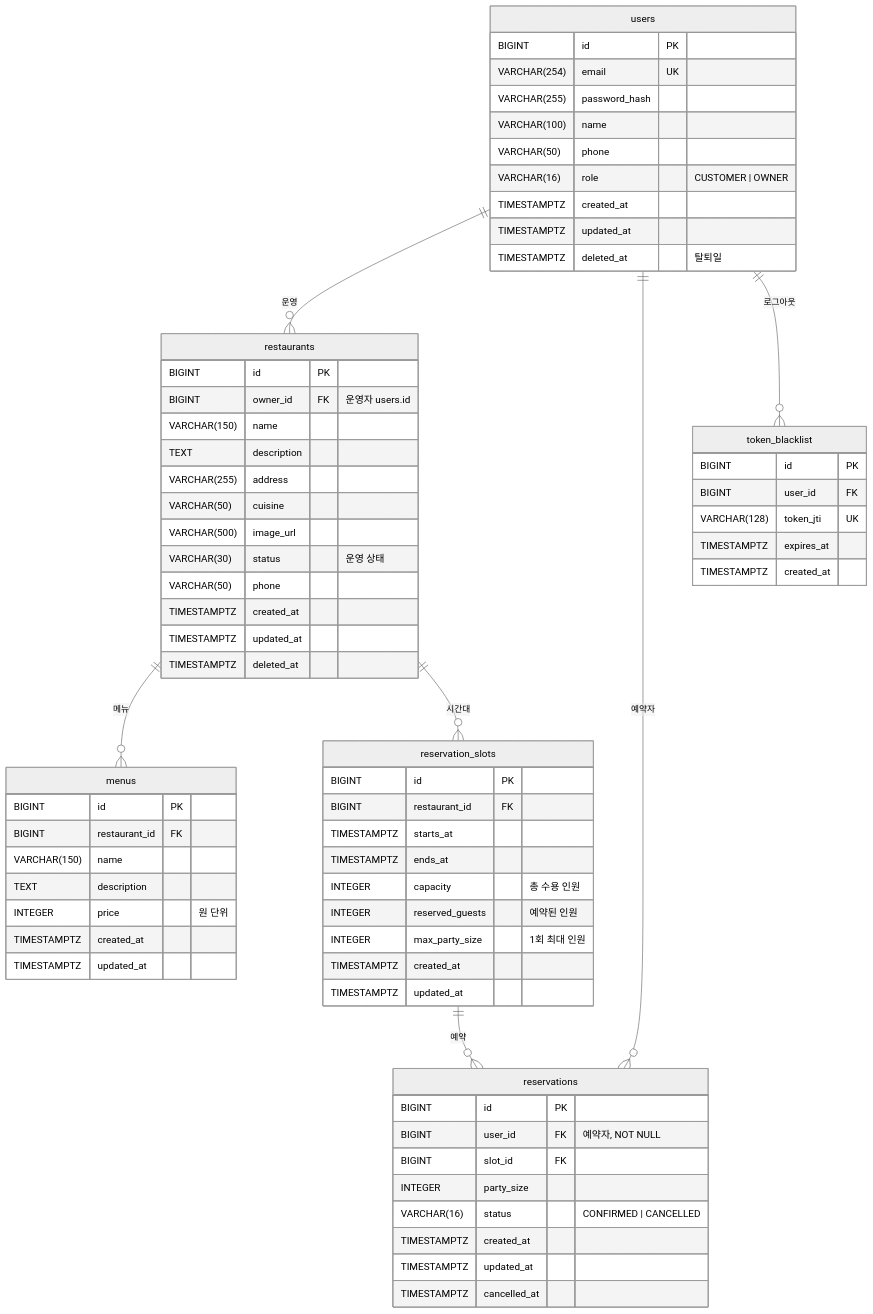
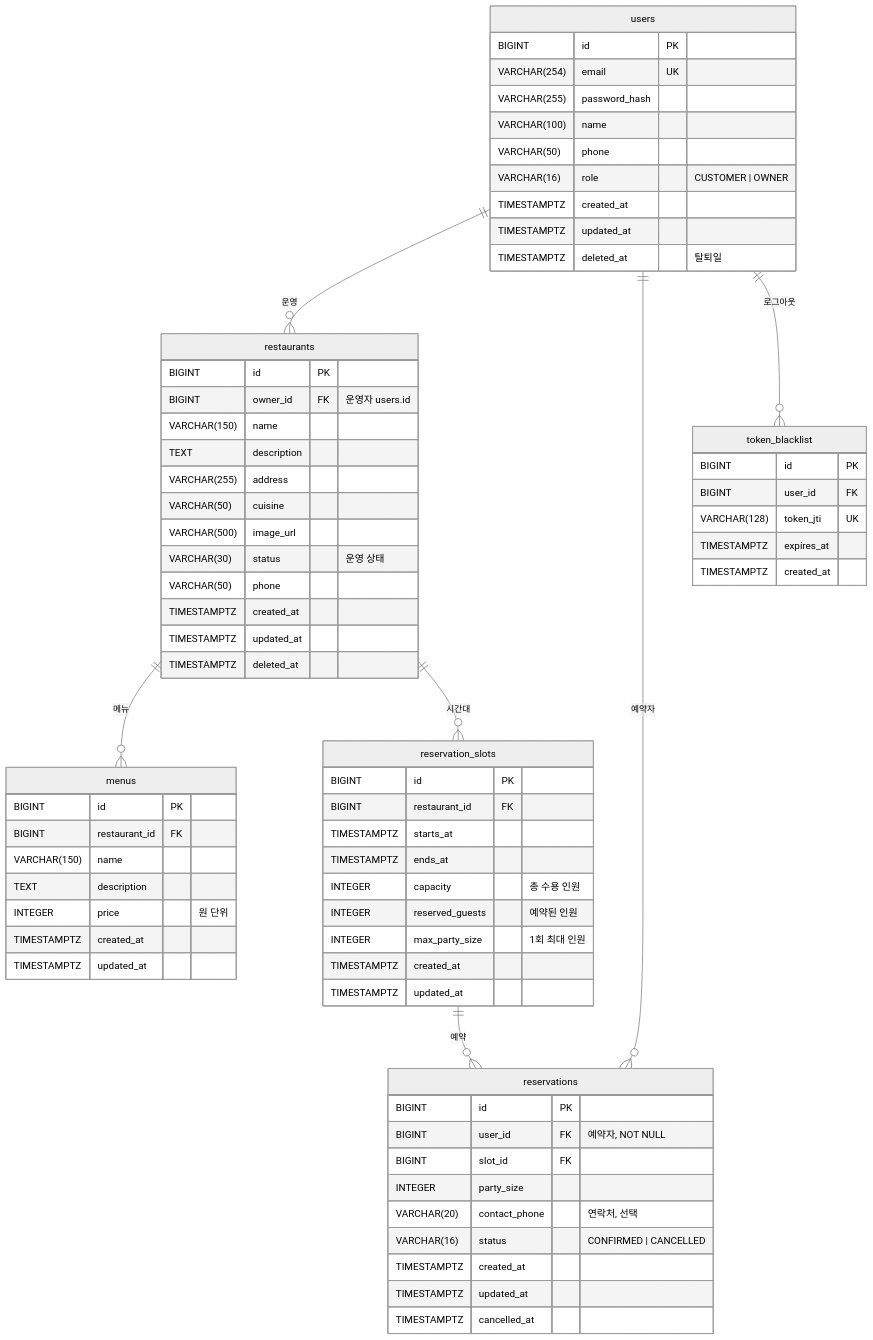
One commit to aiopenjh/B-backend-Fastapi changed the second of 2 diagrams in docs/ARCHITECTURE.md. Above: the diagram before and after it, drawn with Mermaid (neutral theme). The commit also changed other lines of this file and 5 other files, not shown here.

````diff
--- a/docs/ARCHITECTURE.md
+++ b/docs/ARCHITECTURE.md
@@ -124,72 +125,73 @@
 ```mermaid
 erDiagram
     users ||--o{ restaurants : "운영"
     restaurants ||--o{ menus : "메뉴"
     restaurants ||--o{ reservation_slots : "시간대"
     users ||--o{ reservations : "예약자"
     reservation_slots ||--o{ reservations : "예약"
     users ||--o{ token_blacklist : "로그아웃"
 
     users {
         BIGINT id PK
         VARCHAR(254) email UK
         VARCHAR(255) password_hash
         VARCHAR(100) name
         VARCHAR(50) phone
         VARCHAR(16) role "CUSTOMER | OWNER"
         TIMESTAMPTZ created_at
         TIMESTAMPTZ updated_at
         TIMESTAMPTZ deleted_at "탈퇴일"
     }
     restaurants {
         BIGINT id PK
         BIGINT owner_id FK "운영자 users.id"
         VARCHAR(150) name
         TEXT description
         VARCHAR(255) address
         VARCHAR(50) cuisine
         VARCHAR(500) image_url
         VARCHAR(30) status "운영 상태"
         VARCHAR(50) phone
         TIMESTAMPTZ created_at
         TIMESTAMPTZ updated_at
         TIMESTAMPTZ deleted_at
     }
     menus {
         BIGINT id PK
         BIGINT restaurant_id FK
         VARCHAR(150) name
         TEXT description
         INTEGER price "원 단위"
         TIMESTAMPTZ created_at
         TIMESTAMPTZ updated_at
     }
     reservation_slots {
         BIGINT id PK
         BIGINT restaurant_id FK
         TIMESTAMPTZ starts_at
         TIMESTAMPTZ ends_at
         INTEGER capacity "총 수용 인원"
         INTEGER reserved_guests "예약된 인원"
         INTEGER max_party_size "1회 최대 인원"
         TIMESTAMPTZ created_at
         TIMESTAMPTZ updated_at
     }
     reservations {
         BIGINT id PK
         BIGINT user_id FK "예약자, NOT NULL"
         BIGINT slot_id FK
         INTEGER party_size
+        VARCHAR(20) contact_phone "연락처, 선택"
         VARCHAR(16) status "CONFIRMED | CANCELLED"
         TIMESTAMPTZ created_at
         TIMESTAMPTZ updated_at
         TIMESTAMPTZ cancelled_at
     }
     token_blacklist {
         BIGINT id PK
         BIGINT user_id FK
         VARCHAR(128) token_jti UK
         TIMESTAMPTZ expires_at
         TIMESTAMPTZ created_at
     }
 ```
````
